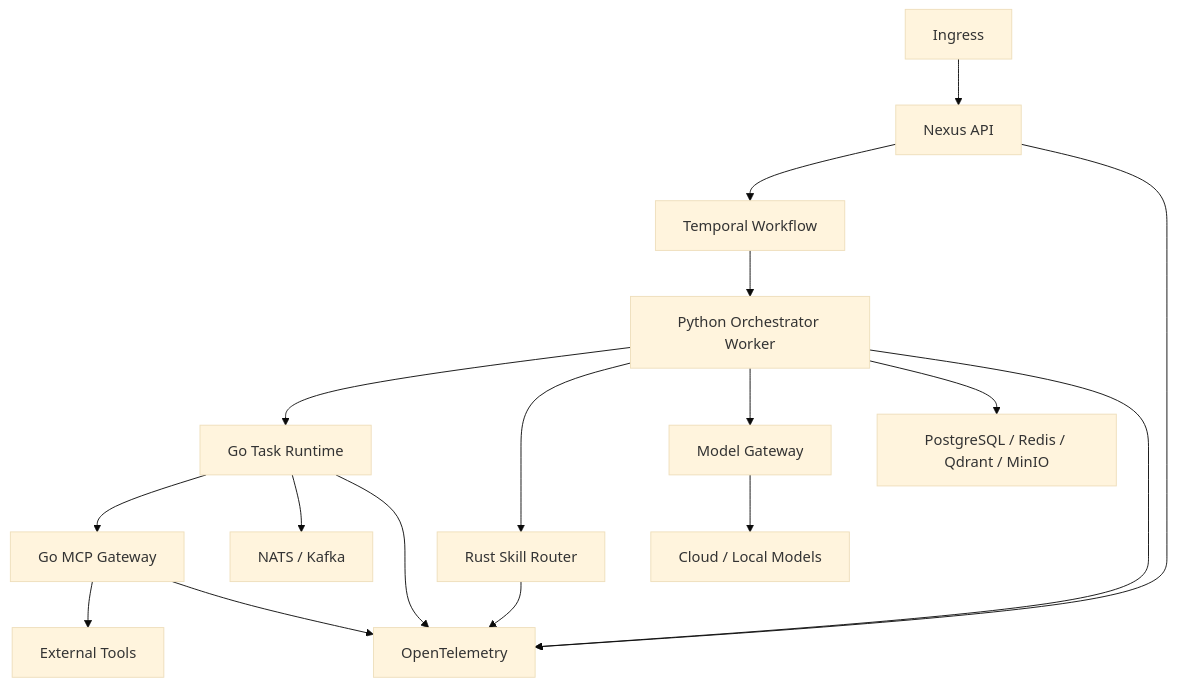
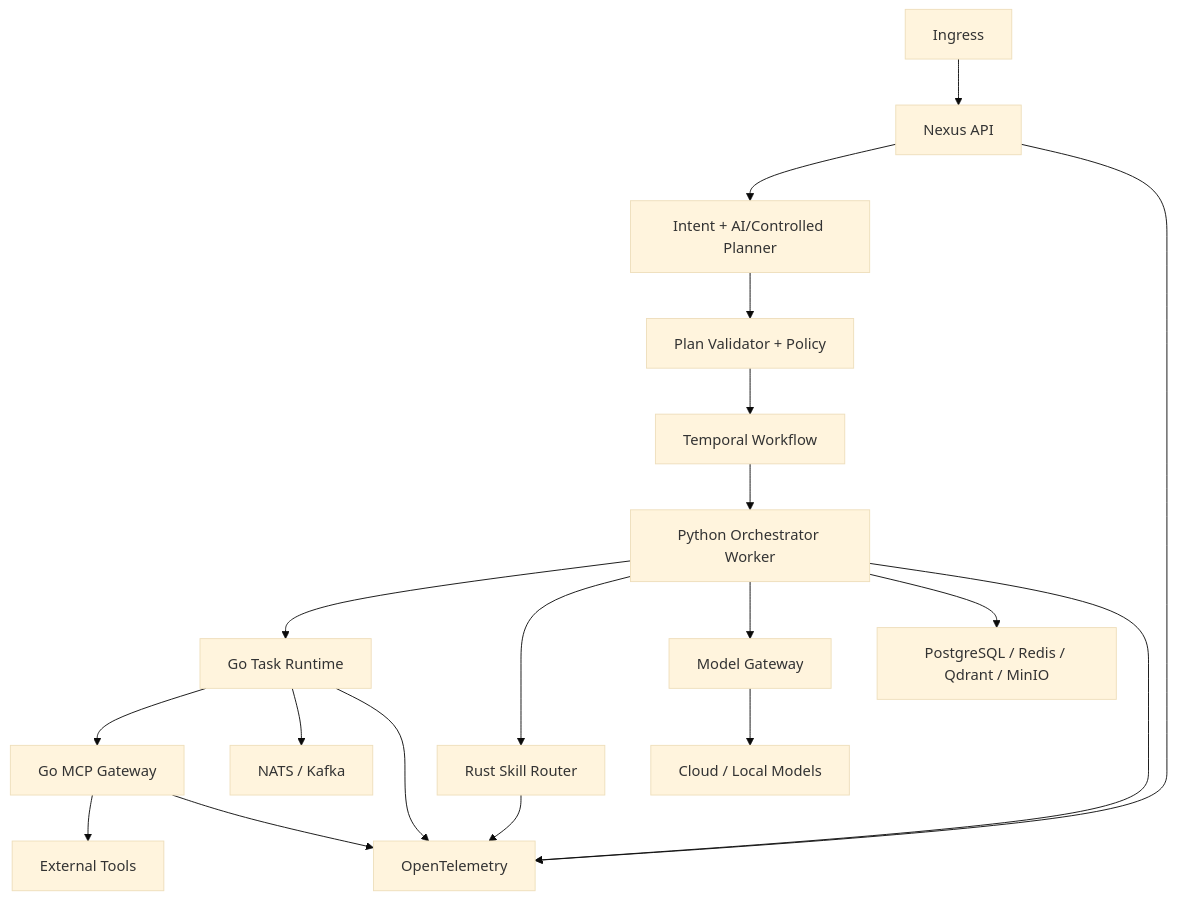
One commit to iboosky3/NexusOS changed the second of 2 diagrams in docs/architecture/container-architecture.md. Above: the diagram before and after it, drawn with Mermaid (base theme). The commit also changed other lines of this file and 50 other files, not shown here.

````diff
--- a/docs/architecture/container-architecture.md
+++ b/docs/architecture/container-architecture.md
@@ -35,19 +37,21 @@
 ```mermaid
 flowchart TB
     Ingress["Ingress"] --> API["Nexus API"]
-    API --> Workflow["Temporal Workflow"]
+    API --> Planner["Intent + AI/Controlled Planner"]
+    Planner --> Validate["Plan Validator + Policy"]
+    Validate --> Workflow["Temporal Workflow"]
     Workflow --> Orch["Python Orchestrator Worker"]
     Orch --> Runtime["Go Task Runtime"]
     Orch --> Router["Rust Skill Router"]
     Orch --> Model["Model Gateway"]
     Runtime --> MCP["Go MCP Gateway"]
     MCP --> Tools["External Tools"]
     Model --> LLM["Cloud / Local Models"]
     Orch --> Data["PostgreSQL / Redis / Qdrant / MinIO"]
     Runtime --> Bus["NATS / Kafka"]
     API --> OTel["OpenTelemetry"]
     Orch --> OTel
     Runtime --> OTel
     Router --> OTel
     MCP --> OTel
 ```
````
